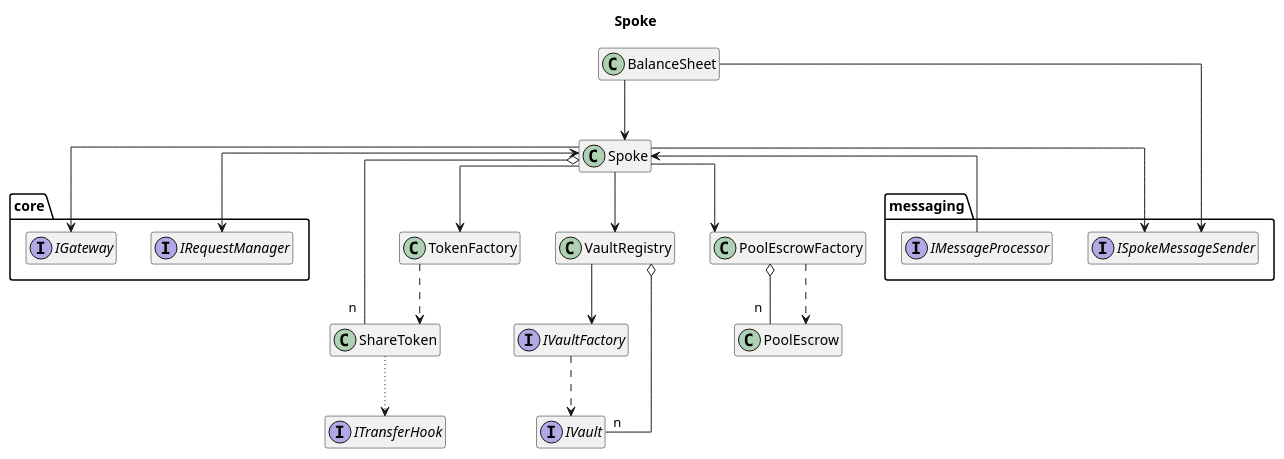
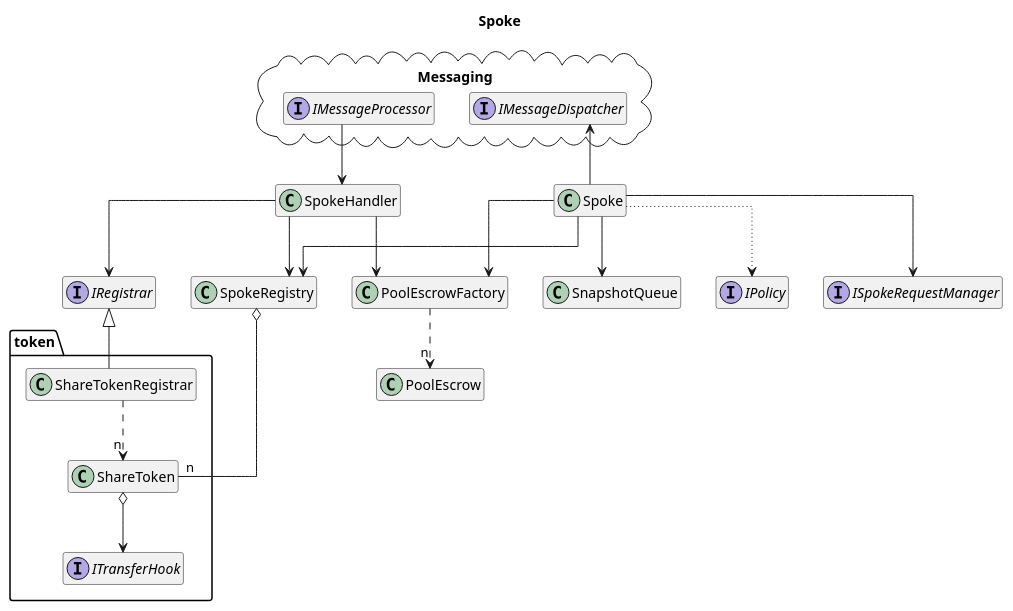
Before and after one commit to centrifuge/protocol: the diagram in docs/architecture/core/spoke.puml, drawn with PlantUML. The commit also changed 446 other files, not shown here.

```diff
--- a/docs/architecture/core/spoke.puml
+++ b/docs/architecture/core/spoke.puml
@@ -1,52 +1,49 @@
 @startuml spoke
 title Spoke
 hide empty members
 
 skinparam linetype ortho
 
-package core {
-    interface IGateway
-    interface IRequestManager
-}
-
-package messaging {
-    interface ISpokeMessageSender
+package "Messaging" <<cloud>> {
+    interface IMessageDispatcher
     interface IMessageProcessor
 }
 
-class Spoke
-class ShareToken
-class BalanceSheet
-class TokenFactory
-class VaultRegistry
 class PoolEscrowFactory
 class PoolEscrow
+class Spoke
+class SpokeHandler
+class SpokeRegistry
+class SnapshotQueue
 
-interface IVaultFactory
-interface IVault
-interface ITransferHook
+interface IRegistrar
+interface IPolicy
+interface ISpokeRequestManager
 
-Spoke --> TokenFactory
+package token {
+    class ShareToken
+    class ShareTokenRegistrar
+    interface ITransferHook
+}
+
+Spoke -down-> SpokeRegistry
+Spoke -down-> SnapshotQueue
+Spoke -up-> IMessageDispatcher
+Spoke --> ISpokeRequestManager
+Spoke .[dotted].> IPolicy
+
+IMessageProcessor --> SpokeHandler
+SpokeHandler --> SpokeRegistry
+SpokeHandler --> IRegistrar
+SpokeHandler --> PoolEscrowFactory
+
 Spoke --> PoolEscrowFactory
-Spoke o-- "n" ShareToken
-Spoke --> IGateway
-Spoke --> ISpokeMessageSender
-Spoke --> VaultRegistry
-Spoke <-> IRequestManager
-Spoke <-- IMessageProcessor
 
-VaultRegistry --> IVaultFactory
-VaultRegistry o-[norank]- "n" IVault
+SpokeRegistry o-- "n" ShareToken
 
-BalanceSheet --> Spoke
-BalanceSheet --> ISpokeMessageSender
-
-PoolEscrowFactory o-- "n" PoolEscrow
-PoolEscrowFactory ..> PoolEscrow
-
-ShareToken .[dotted].> ITransferHook
-
-TokenFactory ..> ShareToken
-IVaultFactory ..> IVault
+ShareTokenRegistrar -up-|> IRegistrar
+ShareTokenRegistrar ..> "n" ShareToken
+PoolEscrowFactory ..> "n" PoolEscrow
+ShareToken o--> ITransferHook
 
 @enduml
```
